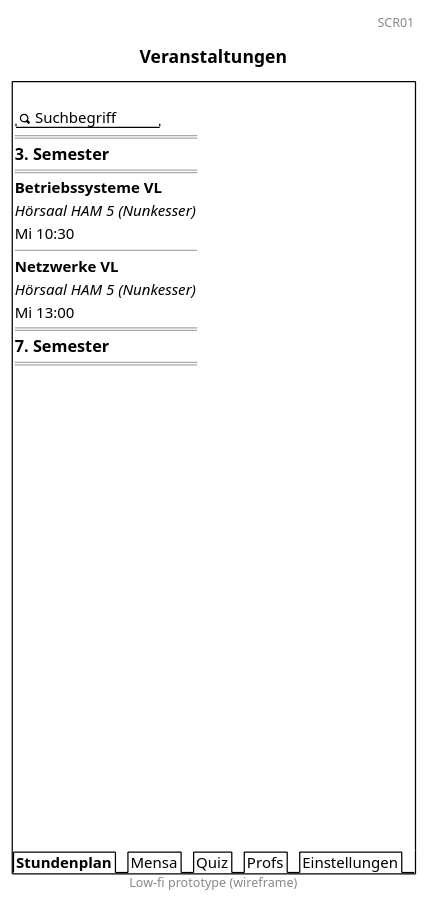
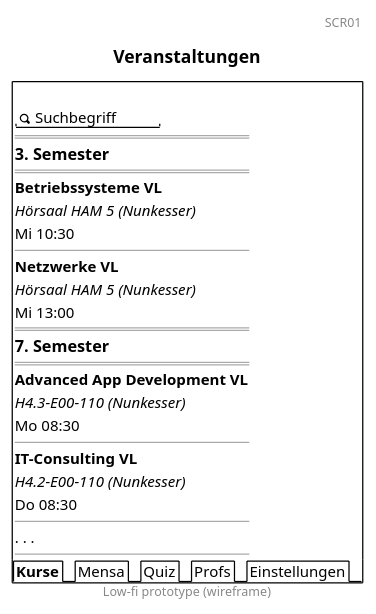
One commit to RobinNunkesser/plantuml changed the diagram in scr1.pu. Above: the diagram before and after it, drawn with PlantUML. The commit also changed 5 other files, not shown here.

```diff
--- a/scr1.pu
+++ b/scr1.pu
@@ -1,46 +1,35 @@
 @startsalt
 title Veranstaltungen
 header SCR01
 footer Low-fi prototype (wireframe)
 {+
 {
     .
     "<&magnifying-glass> Suchbegriff"
     ==
     === 3. Semester 
     ==
     **Betriebssysteme VL**
     //Hörsaal HAM 5 (Nunkesser)//
     Mi 10:30
     --
     **Netzwerke VL**
     //Hörsaal HAM 5 (Nunkesser)//
     Mi 13:00
     ==
     === 7. Semester 
     ==
-    .
-    .
-    .
-    .
-    .
-    .
-    .
-    .
-    .
-    .
-    .
-    .
-    .
-    .
-    .
-    .
-    .
-    .
-    .
-    .
-    .
+    **Advanced App Development VL**
+    //H4.3-E00-110 (Nunkesser)//
+    Mo 08:30
+    --
+    **IT-Consulting VL**
+    //H4.2-E00-110 (Nunkesser)//
+    Do 08:30
+    --
+    . . .
+    --
 }
-{/ <b>Stundenplan | Mensa | Quiz | Profs | Einstellungen }
+{/ <b>Kurse | Mensa | Quiz | Profs | Einstellungen }
 }
 @endsalt
```
